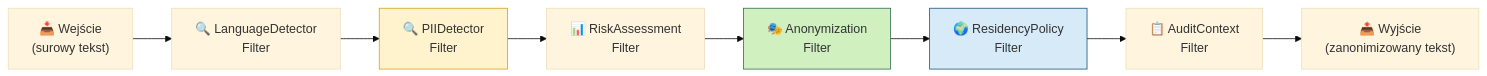
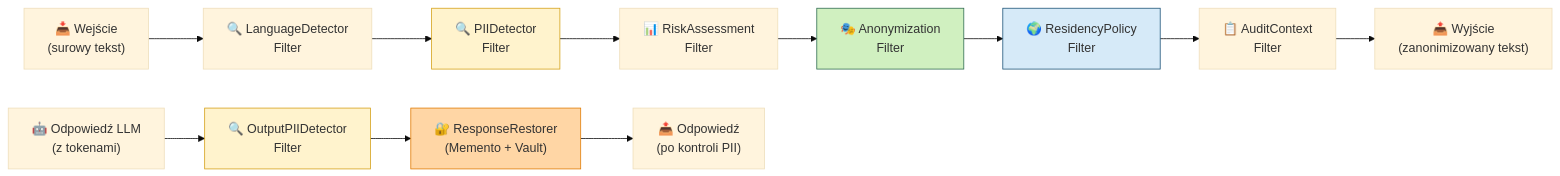
The second of 14 diagrams in ARCHITECTURE.md (gniewekk/Privacy-Preserving-Context-Pipeline-for-LLMs-DP), drawn with Mermaid (base theme) before and after one commit. The commit also changed other lines of this file, not shown here.

Commit message:
architecture changed

````diff
--- a/ARCHITECTURE.md
+++ b/ARCHITECTURE.md
@@ -114,14 +114,20 @@
 ```mermaid
 flowchart LR
     IN["📥 Wejście\n(surowy tekst)"] --> F1
     F1["🔍 LanguageDetector\nFilter"] --> F2
     F2["🔍 PIIDetector\nFilter"] --> F3
     F3["📊 RiskAssessment\nFilter"] --> F4
     F4["🎭 Anonymization\nFilter"] --> F5
     F5["🌍 ResidencyPolicy\nFilter"] --> F6
     F6["📋 AuditContext\nFilter"] --> OUT["📤 Wyjście\n(zanonimizowany tekst)"]
 
+    LLM["🤖 Odpowiedź LLM\n(z tokenami)"] --> OF1
+    OF1["🔍 OutputPIIDetector\nFilter"] --> OF2["🔐 ResponseRestorer\n(Memento + Vault)"]
+    OF2 --> OOUT["📤 Odpowiedź\n(po kontroli PII)"]
+
     style F2 fill:#fff3cd,stroke:#d4a017
     style F4 fill:#d0f0c0,stroke:#2d6a4f
     style F5 fill:#d6eaf8,stroke:#1a5276
+    style OF1 fill:#fff3cd,stroke:#d4a017
+    style OF2 fill:#ffd6a5,stroke:#e07a00
 ```
````
